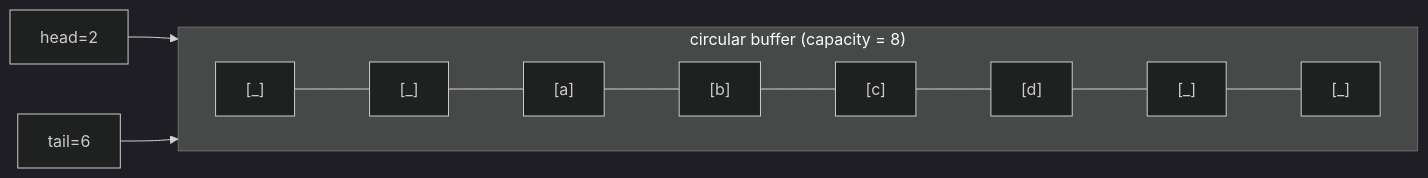
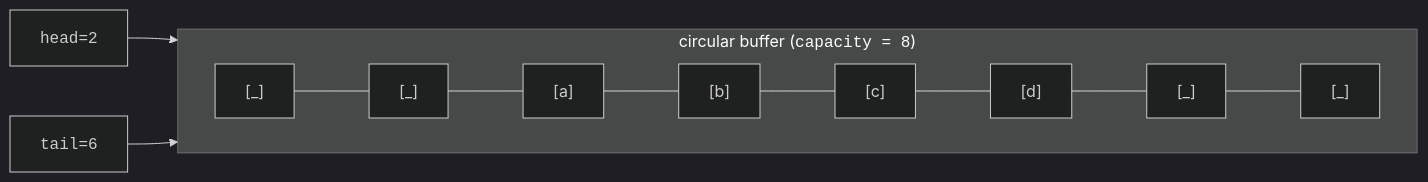
The second of 2 diagrams in content/learn/java-collections-and-generics-deep-dive/queues-and-deques.mdx (dataslope/dataslope), drawn with Mermaid (dark theme) before and after one commit. The commit also changed 100 other files, not shown here.

First line of the commit message:
Wrap more code in diagram labels: filenames, hex, assignments, subgraph titles

````diff
--- a/content/learn/java-collections-and-generics-deep-dive/queues-and-deques.mdx
+++ b/content/learn/java-collections-and-generics-deep-dive/queues-and-deques.mdx
@@ -54,9 +54,9 @@
 ```mermaid
 flowchart LR
-    subgraph Buffer["circular buffer (capacity = 8)"]
+    subgraph Buffer["circular buffer (<code>capacity = 8</code>)"]
       direction LR
       S0["[_]"] --- S1["[_]"] --- S2["[a]"] --- S3["[b]"] --- S4["[c]"] --- S5["[d]"] --- S6["[_]"] --- S7["[_]"]
     end
-    head[head=2] --> S2
-    tail[tail=6] --> S6
+    head["<code>head=2</code>"] --> S2
+    tail["<code>tail=6</code>"] --> S6
 ```
````
